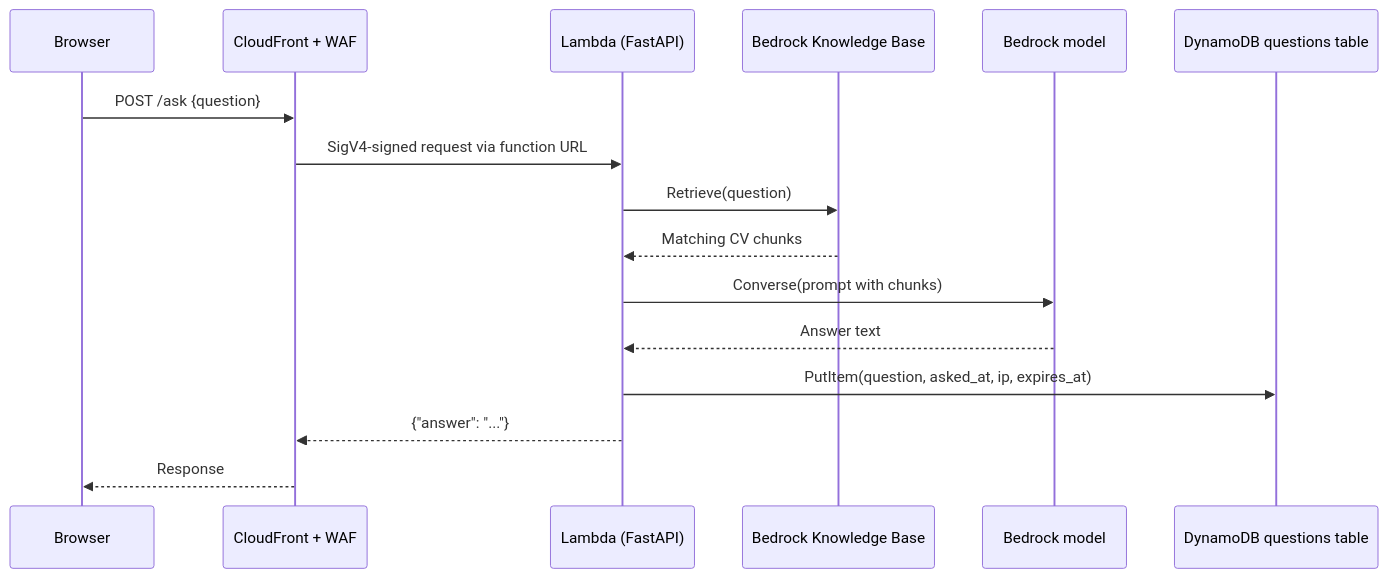
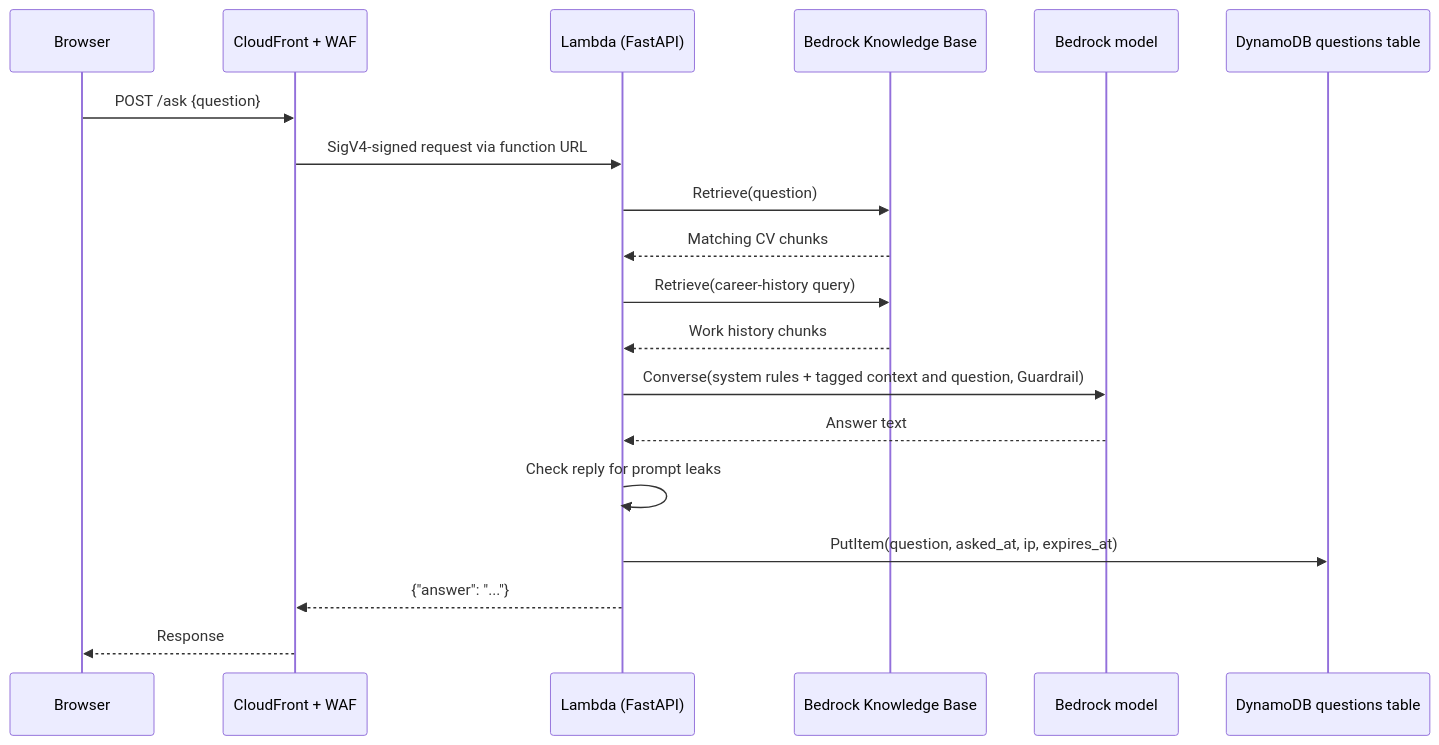
One commit to julian-berks/cv_app changed the second of 3 diagrams in docs/architecture.md. Above: the diagram before and after it, drawn with Mermaid. The commit also changed other lines of this file and 8 other files, not shown here.

````diff
--- a/docs/architecture.md
+++ b/docs/architecture.md
@@ -73,19 +76,22 @@
 ```mermaid
 sequenceDiagram
     participant B as Browser
     participant CF as CloudFront + WAF
     participant L as Lambda (FastAPI)
     participant KB as Bedrock Knowledge Base
     participant M as Bedrock model
     participant D as DynamoDB questions table
 
     B->>CF: POST /ask {question}
     CF->>L: SigV4-signed request via function URL
     L->>KB: Retrieve(question)
     KB-->>L: Matching CV chunks
-    L->>M: Converse(prompt with chunks)
+    L->>KB: Retrieve(career-history query)
+    KB-->>L: Work history chunks
+    L->>M: Converse(system rules + tagged context and question, Guardrail)
     M-->>L: Answer text
+    L->>L: Check reply for prompt leaks
     L->>D: PutItem(question, asked_at, ip, expires_at)
     L-->>CF: {"answer": "..."}
     CF-->>B: Response
 ```
````
